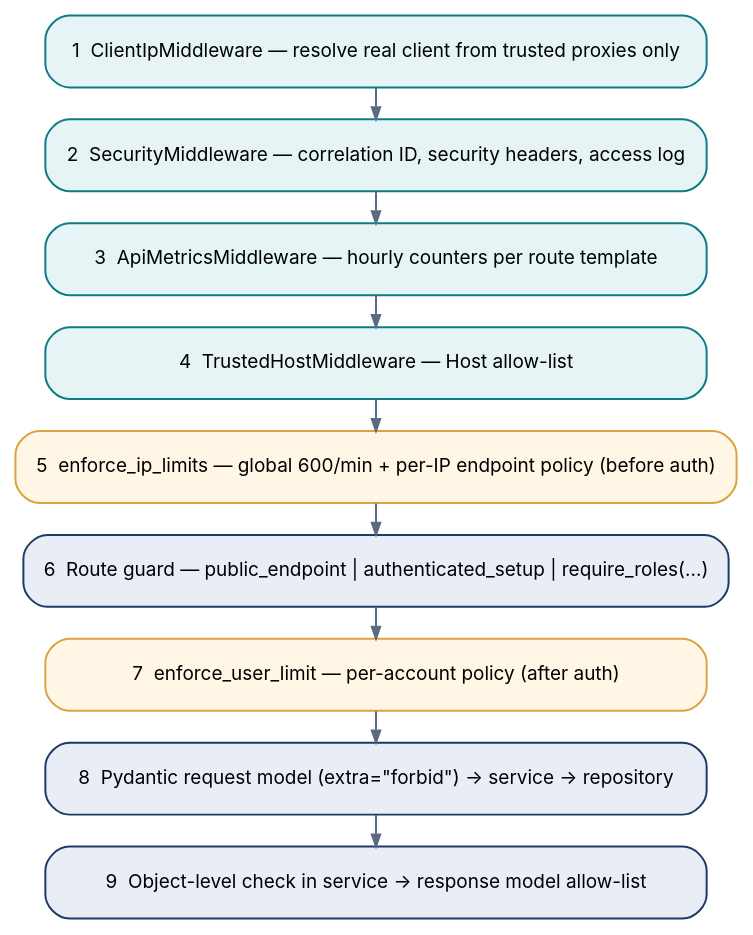
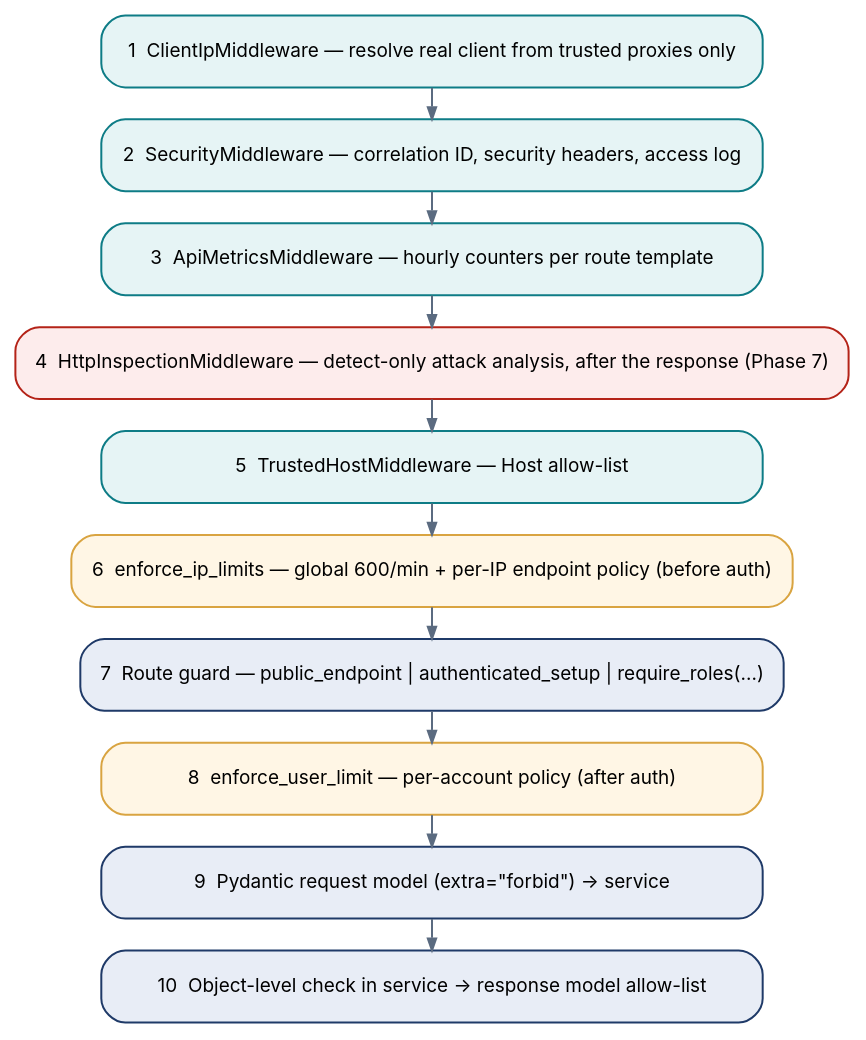
Before and after one commit to Bionic-Hacker/Sentinel-Edge: the diagram in docs/book/diagrams/pipeline.dot, drawn with Graphviz. The commit also changed 56 other files, not shown here.

```diff
--- a/docs/book/diagrams/pipeline.dot
+++ b/docs/book/diagrams/pipeline.dot
@@ -1,15 +1,16 @@
 digraph G {
   graph [fontname="Inter", rankdir=TB, nodesep=0.3, ranksep=0.22, bgcolor="transparent", pad=0.1];
   node  [fontname="Inter", fontsize=9.5, shape=box, style="rounded,filled", fillcolor="#ffffff", color="#9aa7b8", width=4.6, margin="0.12,0.05"];
   edge  [color="#5b6b80", arrowsize=0.6];
   a [label="1  ClientIpMiddleware — resolve real client from trusted proxies only", fillcolor="#e6f4f5", color="#0e7c86"];
   b [label="2  SecurityMiddleware — correlation ID, security headers, access log", fillcolor="#e6f4f5", color="#0e7c86"];
   c [label="3  ApiMetricsMiddleware — hourly counters per route template", fillcolor="#e6f4f5", color="#0e7c86"];
-  d [label="4  TrustedHostMiddleware — Host allow-list", fillcolor="#e6f4f5", color="#0e7c86"];
-  e [label="5  enforce_ip_limits — global 600/min + per-IP endpoint policy (before auth)", fillcolor="#fff6e5", color="#d9a441"];
-  f [label="6  Route guard — public_endpoint | authenticated_setup | require_roles(...)", fillcolor="#e8edf6", color="#1f3a68"];
-  g [label="7  enforce_user_limit — per-account policy (after auth)", fillcolor="#fff6e5", color="#d9a441"];
-  h [label="8  Pydantic request model (extra=\"forbid\") → service → repository", fillcolor="#e8edf6", color="#1f3a68"];
-  i [label="9  Object-level check in service → response model allow-list", fillcolor="#e8edf6", color="#1f3a68"];
-  a->b->c->d->e->f->g->h->i;
+  x [label="4  HttpInspectionMiddleware — detect-only attack analysis, after the response (Phase 7)", fillcolor="#fdecec", color="#b42318"];
+  d [label="5  TrustedHostMiddleware — Host allow-list", fillcolor="#e6f4f5", color="#0e7c86"];
+  e [label="6  enforce_ip_limits — global 600/min + per-IP endpoint policy (before auth)", fillcolor="#fff6e5", color="#d9a441"];
+  f [label="7  Route guard — public_endpoint | authenticated_setup | require_roles(...)", fillcolor="#e8edf6", color="#1f3a68"];
+  g [label="8  enforce_user_limit — per-account policy (after auth)", fillcolor="#fff6e5", color="#d9a441"];
+  h [label="9  Pydantic request model (extra=\"forbid\") → service", fillcolor="#e8edf6", color="#1f3a68"];
+  i [label="10  Object-level check in service → response model allow-list", fillcolor="#e8edf6", color="#1f3a68"];
+  a->b->c->x->d->e->f->g->h->i;
 }
```
